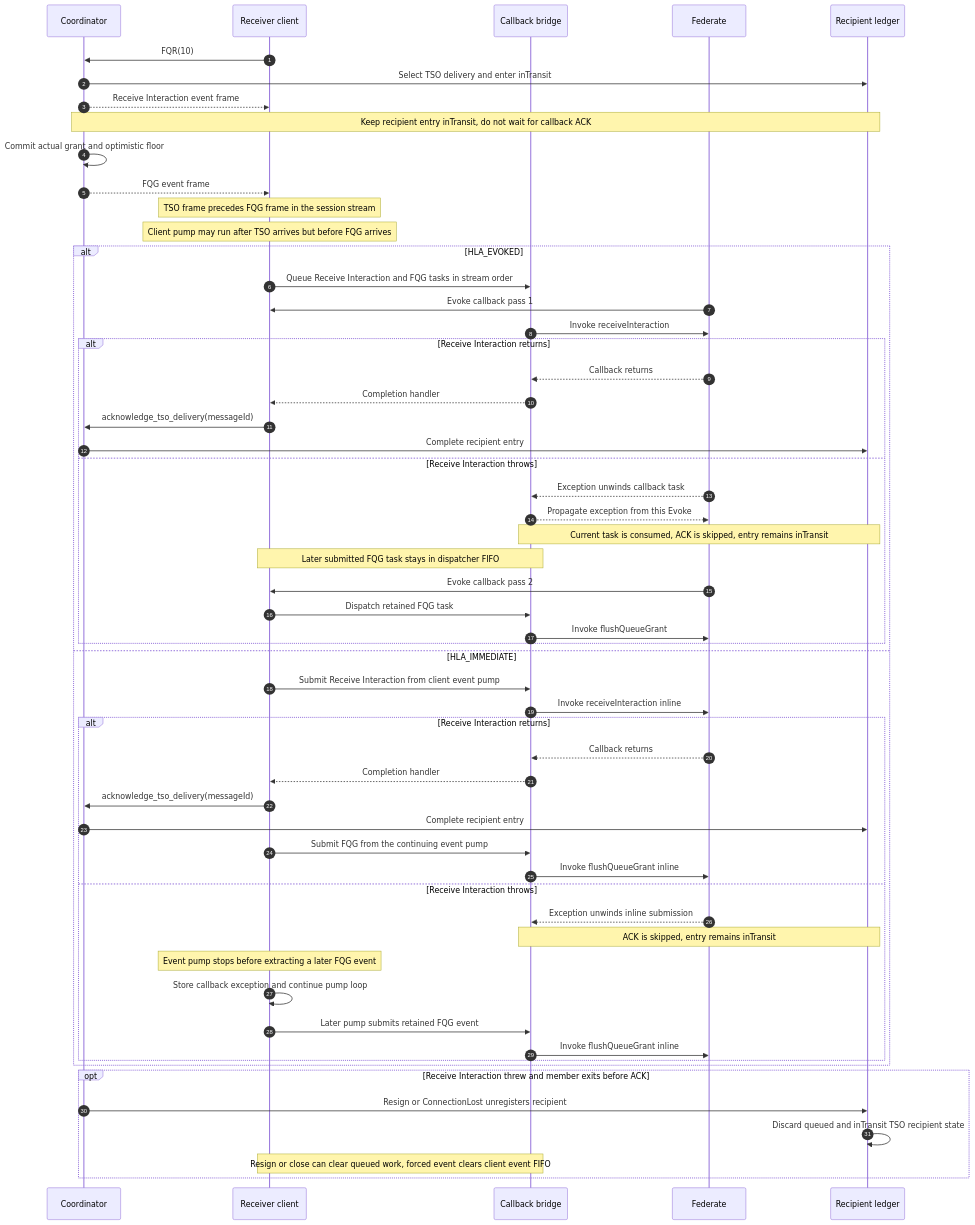
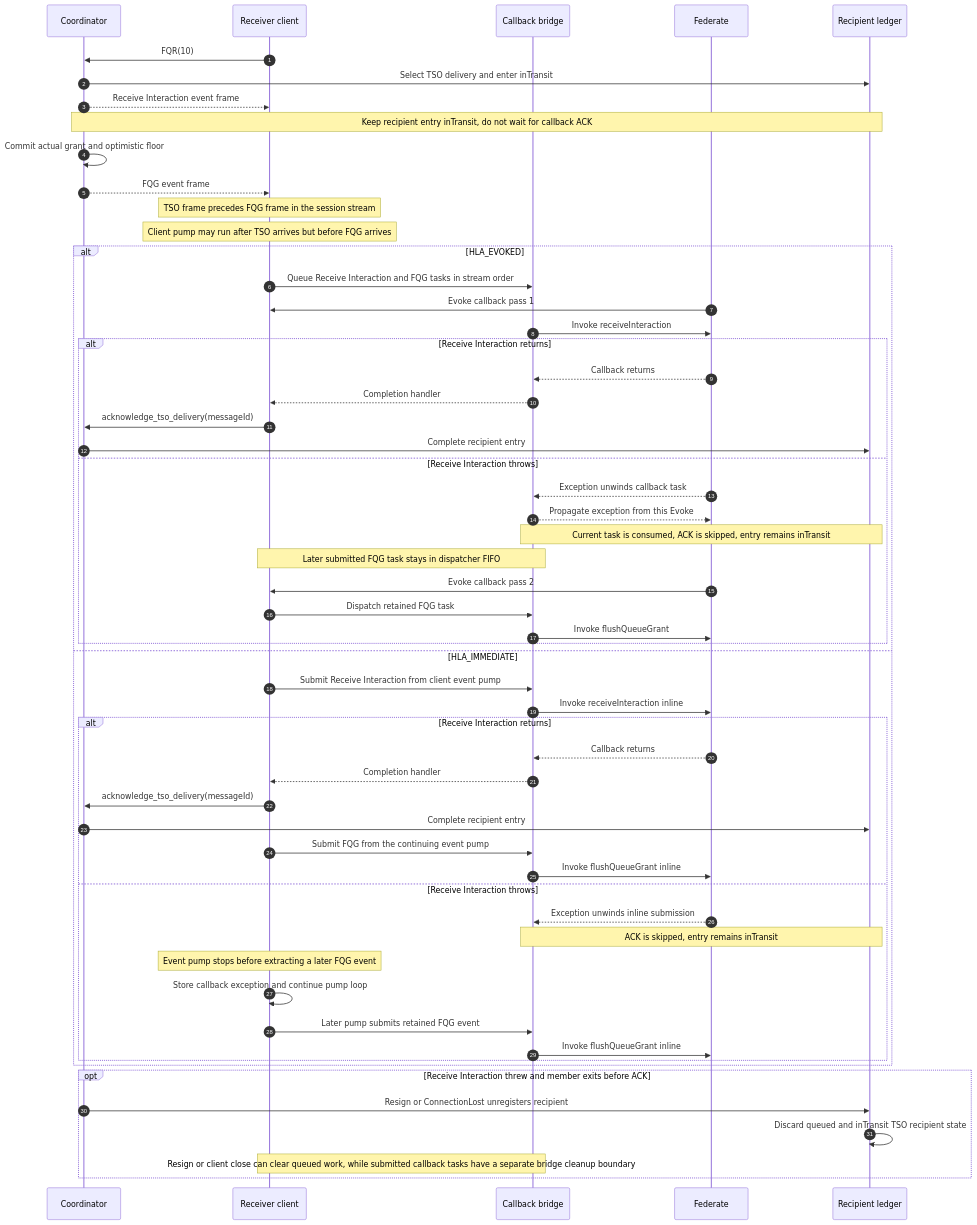
One commit to sheepfling/umbra changed diagram 20 of 23 in docs/design/HLA-2025-PROCESS-ENDPOINT-REQUEST-AND-CALLBACK-FLOW-GUIDE.md. Above: the diagram before and after it, drawn with Mermaid. The commit also changed other lines of this file and 36 other files, not shown here.

````diff
--- a/docs/design/HLA-2025-PROCESS-ENDPOINT-REQUEST-AND-CALLBACK-FLOW-GUIDE.md
+++ b/docs/design/HLA-2025-PROCESS-ENDPOINT-REQUEST-AND-CALLBACK-FLOW-GUIDE.md
@@ -1183,60 +1335,60 @@
 ```mermaid
 sequenceDiagram
     autonumber
     participant S as Coordinator
     participant C as Receiver client
     participant B as Callback bridge
     participant F as Federate
     participant R as Recipient ledger
 
     C->>S: FQR(10)
     S->>R: Select TSO delivery and enter inTransit
     S-->>C: Receive Interaction event frame
     Note over S,R: Keep recipient entry inTransit, do not wait for callback ACK
     S->>S: Commit actual grant and optimistic floor
     S-->>C: FQG event frame
     Note over C: TSO frame precedes FQG frame in the session stream
     Note over C: Client pump may run after TSO arrives but before FQG arrives
     alt HLA_EVOKED
         C->>B: Queue Receive Interaction and FQG tasks in stream order
         F->>C: Evoke callback pass 1
         B->>F: Invoke receiveInteraction
         alt Receive Interaction returns
             F-->>B: Callback returns
             B-->>C: Completion handler
             C->>S: acknowledge_tso_delivery(messageId)
             S->>R: Complete recipient entry
         else Receive Interaction throws
             F-->>B: Exception unwinds callback task
             B-->>F: Propagate exception from this Evoke
             Note over B,R: Current task is consumed, ACK is skipped, entry remains inTransit
             Note over C,B: Later submitted FQG task stays in dispatcher FIFO
             F->>C: Evoke callback pass 2
             C->>B: Dispatch retained FQG task
             B->>F: Invoke flushQueueGrant
         end
     else HLA_IMMEDIATE
         C->>B: Submit Receive Interaction from client event pump
         B->>F: Invoke receiveInteraction inline
         alt Receive Interaction returns
             F-->>B: Callback returns
             B-->>C: Completion handler
             C->>S: acknowledge_tso_delivery(messageId)
             S->>R: Complete recipient entry
             C->>B: Submit FQG from the continuing event pump
             B->>F: Invoke flushQueueGrant inline
         else Receive Interaction throws
             F-->>B: Exception unwinds inline submission
             Note over B,R: ACK is skipped, entry remains inTransit
             Note over C: Event pump stops before extracting a later FQG event
             C->>C: Store callback exception and continue pump loop
             C->>B: Later pump submits retained FQG event
             B->>F: Invoke flushQueueGrant inline
         end
     end
     opt Receive Interaction threw and member exits before ACK
         S->>R: Resign or ConnectionLost unregisters recipient
         R->>R: Discard queued and inTransit TSO recipient state
-        Note over C,B: Resign or close can clear queued work, forced event clears client event FIFO
+        Note over C,B: Resign or client close can clear queued work, while submitted callback tasks have a separate bridge cleanup boundary
     end
 ```
````
